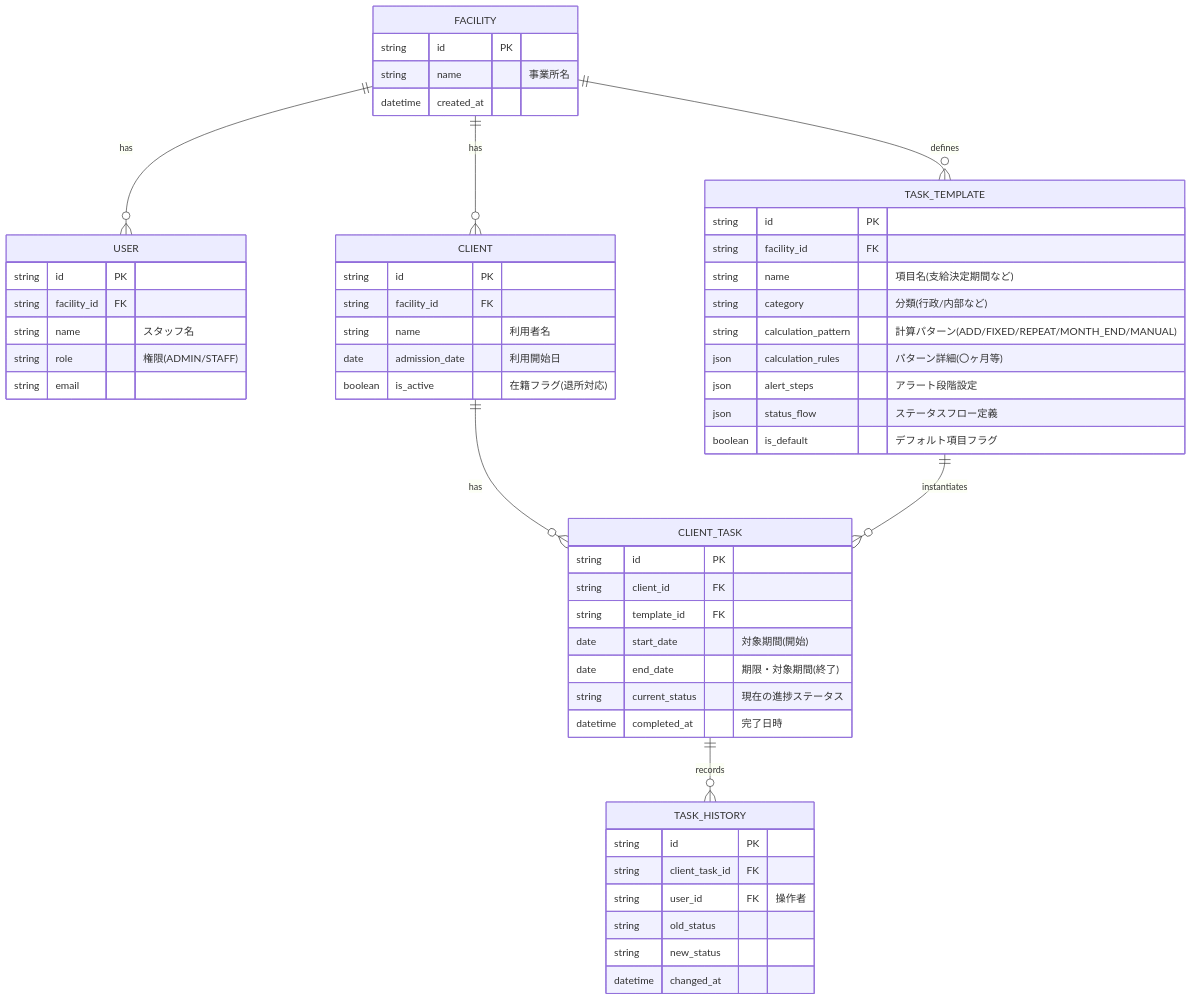
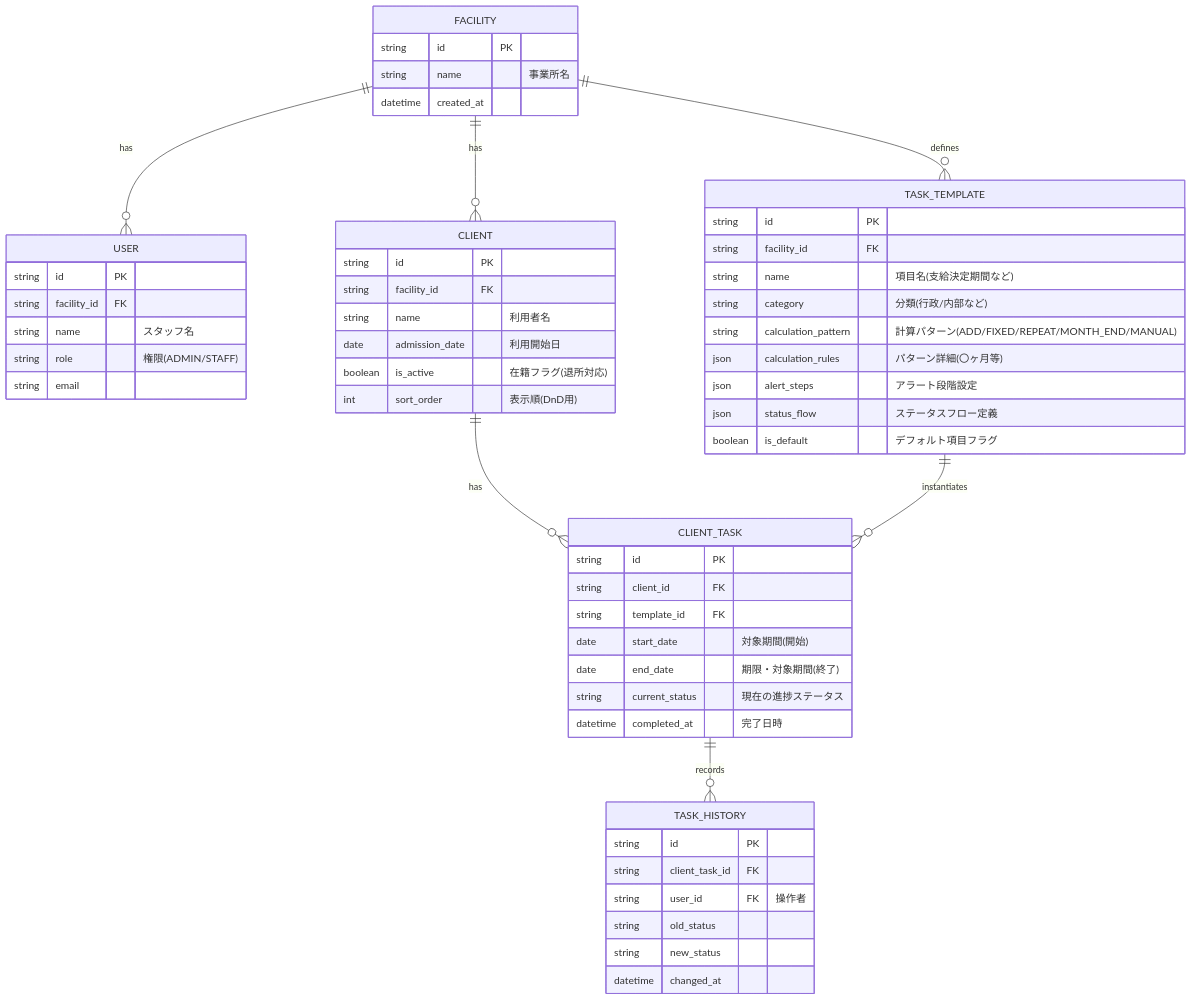
Before and after one commit to shin555555/management-alert: the diagram in docs/02_database_schema.md, drawn with Mermaid. The commit also changed 8 other files, not shown here.

````diff
--- a/docs/02_database_schema.md
+++ b/docs/02_database_schema.md
@@ -9,62 +9,63 @@
 ```mermaid
 erDiagram
     FACILITY ||--o{ USER : "has"
     FACILITY ||--o{ CLIENT : "has"
     FACILITY ||--o{ TASK_TEMPLATE : "defines"
     CLIENT ||--o{ CLIENT_TASK : "has"
     TASK_TEMPLATE ||--o{ CLIENT_TASK : "instantiates"
     CLIENT_TASK ||--o{ TASK_HISTORY : "records"
     
     FACILITY {
         string id PK
         string name "事業所名"
         datetime created_at
     }
     
     USER {
         string id PK
         string facility_id FK
         string name "スタッフ名"
         string role "権限(ADMIN/STAFF)"
         string email 
     }
     
     CLIENT {
         string id PK
         string facility_id FK
         string name "利用者名"
         date admission_date "利用開始日"
         boolean is_active "在籍フラグ(退所対応)"
+        int sort_order "表示順(DnD用)"
     }
     
     TASK_TEMPLATE {
         string id PK
         string facility_id FK
         string name "項目名(支給決定期間など)"
         string category "分類(行政/内部など)"
         string calculation_pattern "計算パターン(ADD/FIXED/REPEAT/MONTH_END/MANUAL)"
         json calculation_rules "パターン詳細(〇ヶ月等)"
         json alert_steps "アラート段階設定"
         json status_flow "ステータスフロー定義"
         boolean is_default "デフォルト項目フラグ"
     }
     
     CLIENT_TASK {
         string id PK
         string client_id FK
         string template_id FK
         date start_date "対象期間(開始)"
         date end_date "期限・対象期間(終了)"
         string current_status "現在の進捗ステータス"
         datetime completed_at "完了日時"
     }
 
     TASK_HISTORY {
         string id PK
         string client_task_id FK
         string user_id FK "操作者"
         string old_status
         string new_status
         datetime changed_at
     }
 ```
````
